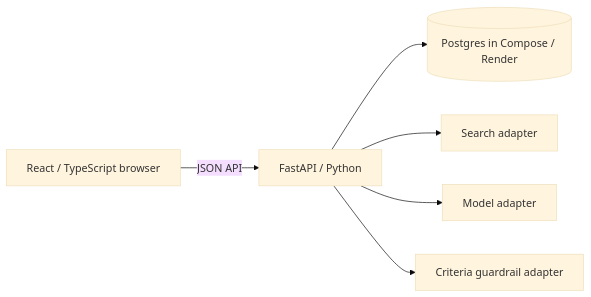
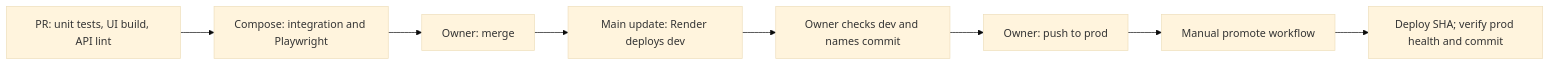
One commit to alexisdacquay/sail-event changed the third of 4 diagrams in README.md. Above: the diagram before and after it, drawn with Mermaid (base theme). The commit also changed other lines of this file and 26 other files, not shown here.

````diff
--- a/README.md
+++ b/README.md
@@ -169,8 +137,10 @@
 ```mermaid
 flowchart LR
-    B[React / TypeScript browser] -->|JSON API| A[FastAPI / Python]
-    A --> DB[(Postgres in Compose / Render)]
-    A --> S[Search adapter]
-    A --> L[Model adapter]
-    A --> G[Criteria guardrail adapter]
+    P[PR: unit tests, UI build, API lint] --> I[Compose: integration and Playwright]
+    I --> M[Owner: merge]
+    M --> D[Main update: Render deploys dev]
+    D --> C[Owner checks dev and names commit]
+    C --> A[Owner: push to prod]
+    A --> W[Manual promote workflow]
+    W --> H[Deploy SHA; verify prod health and commit]
 ```
````
